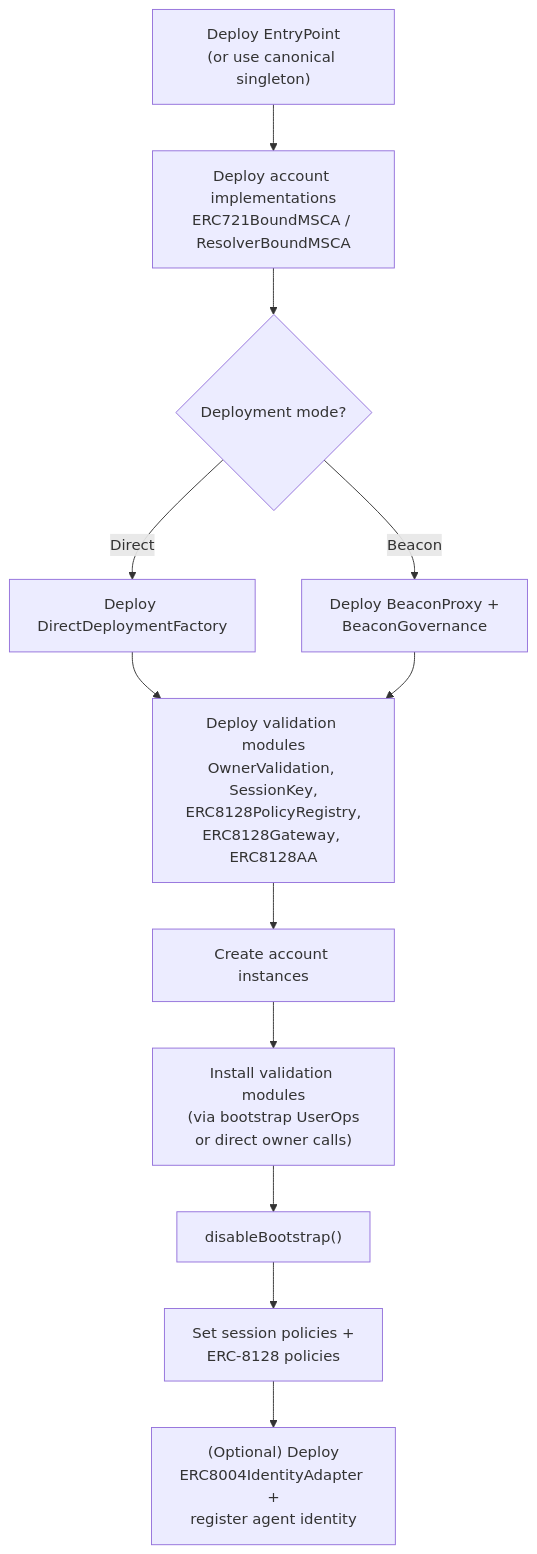
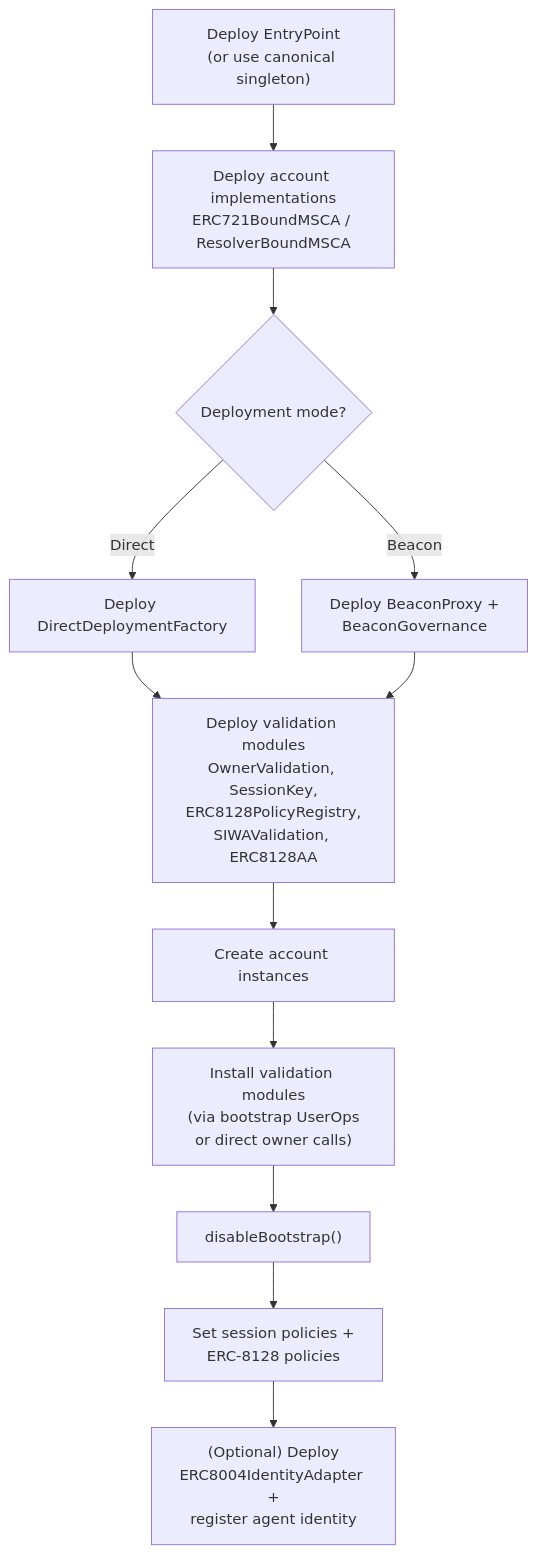
Diagram 26 of 32 in docs/Agent-Wallet-Core-Architecture.md (EqualFiLabs/agent-wallet-core), drawn with Mermaid before and after one commit. The commit also changed other lines of this file and 16 other files, not shown here.

First line of the commit message:
feat(siwa): support TBA-compatible SIWA signatures with session-key policy enforcement

````diff
--- a/docs/Agent-Wallet-Core-Architecture.md
+++ b/docs/Agent-Wallet-Core-Architecture.md
@@ -975,14 +979,14 @@
 ```mermaid
 flowchart TD
     A["Deploy EntryPoint<br/>(or use canonical singleton)"] --> B["Deploy account implementations<br/>ERC721BoundMSCA / ResolverBoundMSCA"]
     B --> C{"Deployment mode?"}
     C -->|Direct| D["Deploy DirectDeploymentFactory"]
     C -->|Beacon| E["Deploy BeaconProxy +<br/>BeaconGovernance"]
-    D --> F["Deploy validation modules<br/>OwnerValidation, SessionKey,<br/>ERC8128PolicyRegistry,<br/>ERC8128Gateway, ERC8128AA"]
+    D --> F["Deploy validation modules<br/>OwnerValidation, SessionKey,<br/>ERC8128PolicyRegistry,<br/>SIWAValidation, ERC8128AA"]
     E --> F
     F --> G["Create account instances"]
     G --> H["Install validation modules<br/>(via bootstrap UserOps<br/>or direct owner calls)"]
     H --> I["disableBootstrap()"]
     I --> J["Set session policies +<br/>ERC-8128 policies"]
     J --> K["(Optional) Deploy<br/>ERC8004IdentityAdapter +<br/>register agent identity"]
 ```
````
